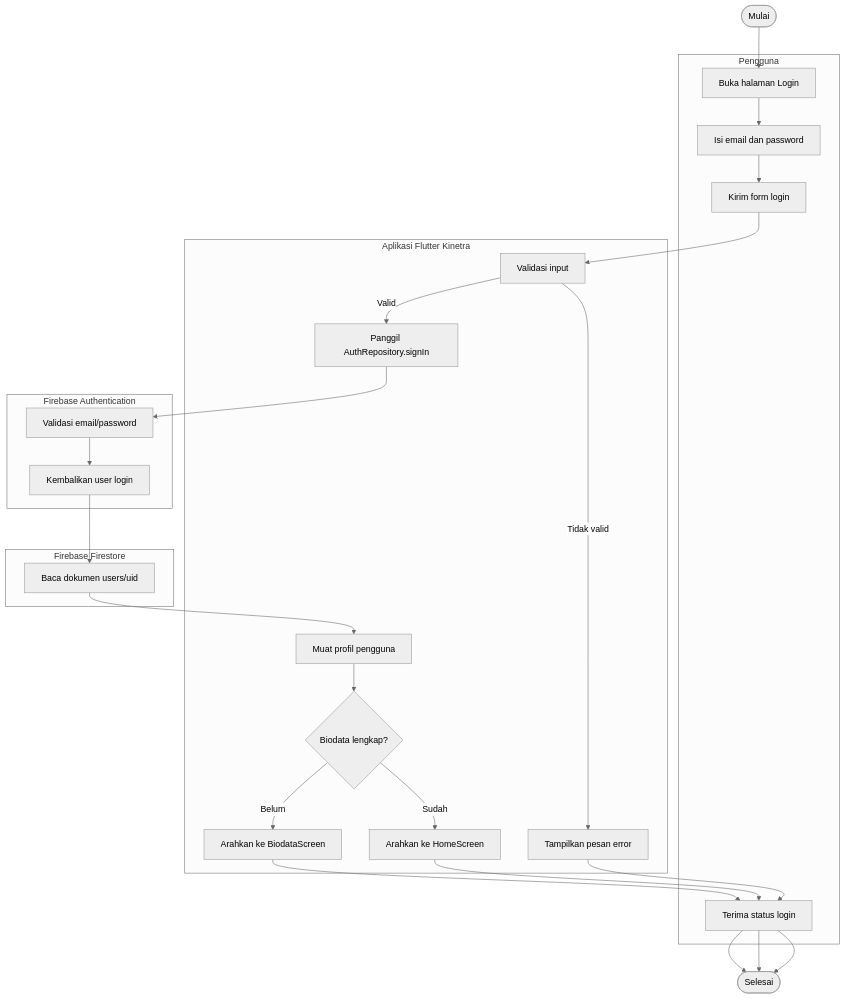
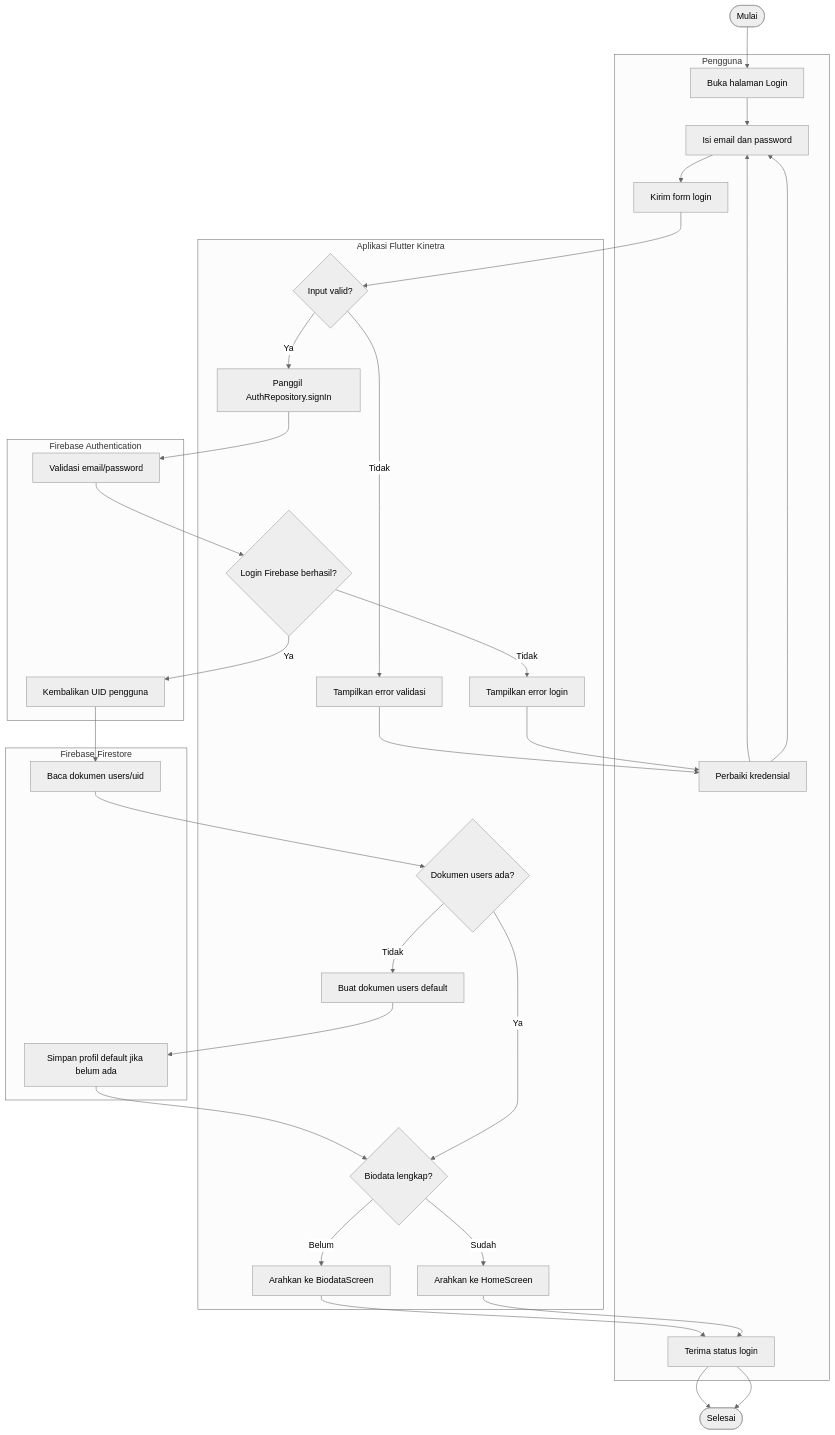
The third of 26 diagrams in docs/uml.md (arifrachmatdx/Kinetra), drawn with Mermaid (neutral theme) before and after one commit. The commit also changed other lines of this file and 1 other file, not shown here.

Commit message:
docs: add detailed UML decisions and alternatives

````diff
--- a/docs/uml.md
+++ b/docs/uml.md
@@ -102,32 +123,41 @@
 ```mermaid
 flowchart TD
     Start([Mulai])
     subgraph User["Pengguna"]
         OpenLogin[Buka halaman Login]
         FillLogin[Isi email dan password]
         SubmitLogin[Kirim form login]
+        RetryLogin[Perbaiki kredensial]
         ReceiveResult[Terima status login]
     end
     subgraph App["Aplikasi Flutter Kinetra"]
-        ValidateInput[Validasi input]
+        ValidateInput{Input valid?}
         CallSignIn[Panggil AuthRepository.signIn]
-        LoadUserProfile[Muat profil pengguna]
+        LoginSuccess{Login Firebase berhasil?}
+        UserDocExists{Dokumen users ada?}
+        CreateDefaultUser[Buat dokumen users default]
         CheckBiodata{Biodata lengkap?}
         GoBiodata[Arahkan ke BiodataScreen]
         GoHome[Arahkan ke HomeScreen]
-        ShowError[Tampilkan pesan error]
+        ShowValidationError[Tampilkan error validasi]
+        ShowAuthError[Tampilkan error login]
     end
     subgraph Auth["Firebase Authentication"]
         VerifyCredential[Validasi email/password]
-        ReturnAuthState[Kembalikan user login]
+        ReturnAuthState[Kembalikan UID pengguna]
     end
     subgraph DB["Firebase Firestore"]
         ReadUser[Baca dokumen users/uid]
+        SaveDefaultUser[Simpan profil default jika belum ada]
     end
 
     Start --> OpenLogin --> FillLogin --> SubmitLogin --> ValidateInput
-    ValidateInput -->|Valid| CallSignIn --> VerifyCredential --> ReturnAuthState --> ReadUser --> LoadUserProfile --> CheckBiodata
+    ValidateInput -->|Tidak| ShowValidationError --> RetryLogin --> FillLogin
+    ValidateInput -->|Ya| CallSignIn --> VerifyCredential --> LoginSuccess
+    LoginSuccess -->|Tidak| ShowAuthError --> RetryLogin --> FillLogin
+    LoginSuccess -->|Ya| ReturnAuthState --> ReadUser --> UserDocExists
+    UserDocExists -->|Tidak| CreateDefaultUser --> SaveDefaultUser --> CheckBiodata
+    UserDocExists -->|Ya| CheckBiodata
     CheckBiodata -->|Belum| GoBiodata --> ReceiveResult --> End([Selesai])
     CheckBiodata -->|Sudah| GoHome --> ReceiveResult --> End
-    ValidateInput -->|Tidak valid| ShowError --> ReceiveResult --> End
 ```
````
